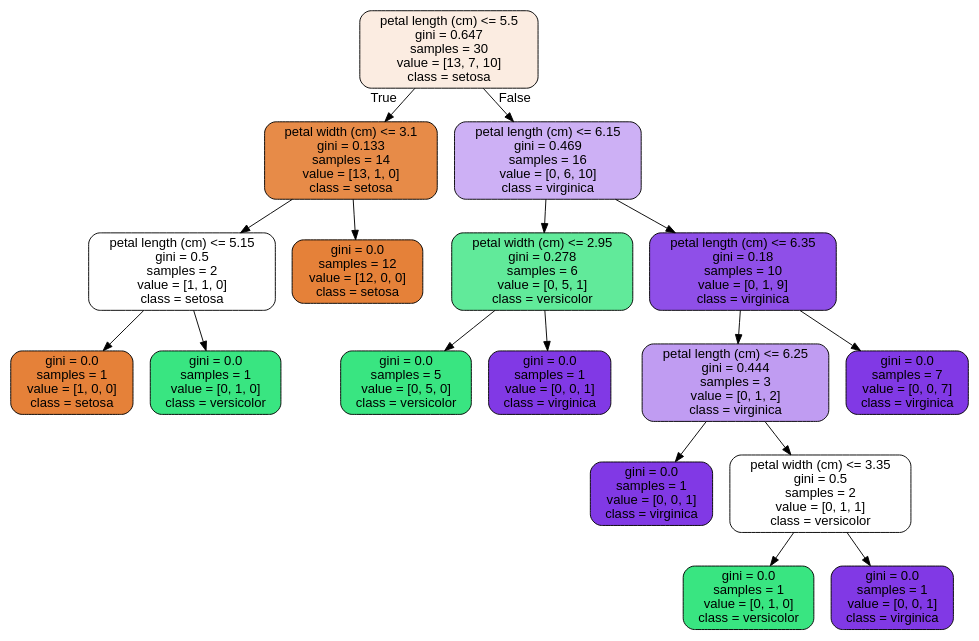
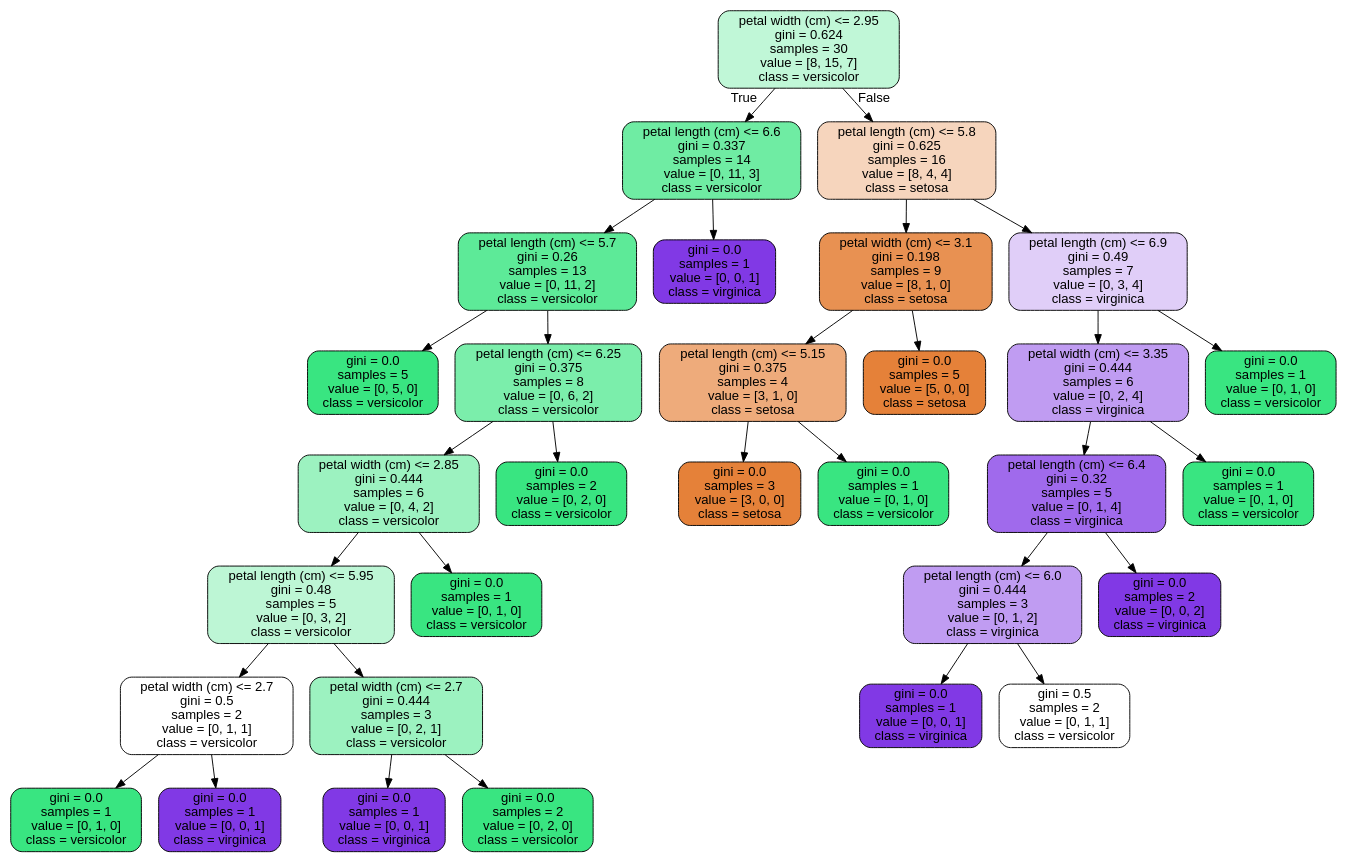
One commit to JoseDeJesusMendozaBecerril/Practica4_MineriaDeDatos changed the diagram in images/decision_trees/iris_tree_test.dot. Above: the diagram before and after it, drawn with Graphviz. The commit also changed 9 other files, not shown here.

```diff
--- a/images/decision_trees/iris_tree_test.dot
+++ b/images/decision_trees/iris_tree_test.dot
@@ -1,37 +1,65 @@
 digraph Tree {
 node [shape=box, style="filled, rounded", color="black", fontname=helvetica] ;
 edge [fontname=helvetica] ;
-0 [label="petal length (cm) <= 5.5\ngini = 0.647\nsamples = 30\nvalue = [13, 7, 10]\nclass = setosa", fillcolor="#fbece1"] ;
-1 [label="petal width (cm) <= 3.1\ngini = 0.133\nsamples = 14\nvalue = [13, 1, 0]\nclass = setosa", fillcolor="#e78b48"] ;
+0 [label="petal width (cm) <= 2.95\ngini = 0.624\nsamples = 30\nvalue = [8, 15, 7]\nclass = versicolor", fillcolor="#c0f7d7"] ;
+1 [label="petal length (cm) <= 6.6\ngini = 0.337\nsamples = 14\nvalue = [0, 11, 3]\nclass = versicolor", fillcolor="#6feca3"] ;
 0 -> 1 [labeldistance=2.5, labelangle=45, headlabel="True"] ;
-2 [label="petal length (cm) <= 5.15\ngini = 0.5\nsamples = 2\nvalue = [1, 1, 0]\nclass = setosa", fillcolor="#ffffff"] ;
+2 [label="petal length (cm) <= 5.7\ngini = 0.26\nsamples = 13\nvalue = [0, 11, 2]\nclass = versicolor", fillcolor="#5dea98"] ;
 1 -> 2 ;
-3 [label="gini = 0.0\nsamples = 1\nvalue = [1, 0, 0]\nclass = setosa", fillcolor="#e58139"] ;
+3 [label="gini = 0.0\nsamples = 5\nvalue = [0, 5, 0]\nclass = versicolor", fillcolor="#39e581"] ;
 2 -> 3 ;
-4 [label="gini = 0.0\nsamples = 1\nvalue = [0, 1, 0]\nclass = versicolor", fillcolor="#39e581"] ;
+4 [label="petal length (cm) <= 6.25\ngini = 0.375\nsamples = 8\nvalue = [0, 6, 2]\nclass = versicolor", fillcolor="#7beeab"] ;
 2 -> 4 ;
-5 [label="gini = 0.0\nsamples = 12\nvalue = [12, 0, 0]\nclass = setosa", fillcolor="#e58139"] ;
-1 -> 5 ;
-6 [label="petal length (cm) <= 6.15\ngini = 0.469\nsamples = 16\nvalue = [0, 6, 10]\nclass = virginica", fillcolor="#cdb0f5"] ;
-0 -> 6 [labeldistance=2.5, labelangle=-45, headlabel="False"] ;
-7 [label="petal width (cm) <= 2.95\ngini = 0.278\nsamples = 6\nvalue = [0, 5, 1]\nclass = versicolor", fillcolor="#61ea9a"] ;
+5 [label="petal width (cm) <= 2.85\ngini = 0.444\nsamples = 6\nvalue = [0, 4, 2]\nclass = versicolor", fillcolor="#9cf2c0"] ;
+4 -> 5 ;
+6 [label="petal length (cm) <= 5.95\ngini = 0.48\nsamples = 5\nvalue = [0, 3, 2]\nclass = versicolor", fillcolor="#bdf6d5"] ;
+5 -> 6 ;
+7 [label="petal width (cm) <= 2.7\ngini = 0.5\nsamples = 2\nvalue = [0, 1, 1]\nclass = versicolor", fillcolor="#ffffff"] ;
 6 -> 7 ;
-8 [label="gini = 0.0\nsamples = 5\nvalue = [0, 5, 0]\nclass = versicolor", fillcolor="#39e581"] ;
+8 [label="gini = 0.0\nsamples = 1\nvalue = [0, 1, 0]\nclass = versicolor", fillcolor="#39e581"] ;
 7 -> 8 ;
 9 [label="gini = 0.0\nsamples = 1\nvalue = [0, 0, 1]\nclass = virginica", fillcolor="#8139e5"] ;
 7 -> 9 ;
-10 [label="petal length (cm) <= 6.35\ngini = 0.18\nsamples = 10\nvalue = [0, 1, 9]\nclass = virginica", fillcolor="#8f4fe8"] ;
+10 [label="petal width (cm) <= 2.7\ngini = 0.444\nsamples = 3\nvalue = [0, 2, 1]\nclass = versicolor", fillcolor="#9cf2c0"] ;
 6 -> 10 ;
-11 [label="petal length (cm) <= 6.25\ngini = 0.444\nsamples = 3\nvalue = [0, 1, 2]\nclass = virginica", fillcolor="#c09cf2"] ;
+11 [label="gini = 0.0\nsamples = 1\nvalue = [0, 0, 1]\nclass = virginica", fillcolor="#8139e5"] ;
 10 -> 11 ;
-12 [label="gini = 0.0\nsamples = 1\nvalue = [0, 0, 1]\nclass = virginica", fillcolor="#8139e5"] ;
-11 -> 12 ;
-13 [label="petal width (cm) <= 3.35\ngini = 0.5\nsamples = 2\nvalue = [0, 1, 1]\nclass = versicolor", fillcolor="#ffffff"] ;
-11 -> 13 ;
-14 [label="gini = 0.0\nsamples = 1\nvalue = [0, 1, 0]\nclass = versicolor", fillcolor="#39e581"] ;
-13 -> 14 ;
+12 [label="gini = 0.0\nsamples = 2\nvalue = [0, 2, 0]\nclass = versicolor", fillcolor="#39e581"] ;
+10 -> 12 ;
+13 [label="gini = 0.0\nsamples = 1\nvalue = [0, 1, 0]\nclass = versicolor", fillcolor="#39e581"] ;
+5 -> 13 ;
+14 [label="gini = 0.0\nsamples = 2\nvalue = [0, 2, 0]\nclass = versicolor", fillcolor="#39e581"] ;
+4 -> 14 ;
 15 [label="gini = 0.0\nsamples = 1\nvalue = [0, 0, 1]\nclass = virginica", fillcolor="#8139e5"] ;
-13 -> 15 ;
-16 [label="gini = 0.0\nsamples = 7\nvalue = [0, 0, 7]\nclass = virginica", fillcolor="#8139e5"] ;
-10 -> 16 ;
+1 -> 15 ;
+16 [label="petal length (cm) <= 5.8\ngini = 0.625\nsamples = 16\nvalue = [8, 4, 4]\nclass = setosa", fillcolor="#f6d5bd"] ;
+0 -> 16 [labeldistance=2.5, labelangle=-45, headlabel="False"] ;
+17 [label="petal width (cm) <= 3.1\ngini = 0.198\nsamples = 9\nvalue = [8, 1, 0]\nclass = setosa", fillcolor="#e89152"] ;
+16 -> 17 ;
+18 [label="petal length (cm) <= 5.15\ngini = 0.375\nsamples = 4\nvalue = [3, 1, 0]\nclass = setosa", fillcolor="#eeab7b"] ;
+17 -> 18 ;
+19 [label="gini = 0.0\nsamples = 3\nvalue = [3, 0, 0]\nclass = setosa", fillcolor="#e58139"] ;
+18 -> 19 ;
+20 [label="gini = 0.0\nsamples = 1\nvalue = [0, 1, 0]\nclass = versicolor", fillcolor="#39e581"] ;
+18 -> 20 ;
+21 [label="gini = 0.0\nsamples = 5\nvalue = [5, 0, 0]\nclass = setosa", fillcolor="#e58139"] ;
+17 -> 21 ;
+22 [label="petal length (cm) <= 6.9\ngini = 0.49\nsamples = 7\nvalue = [0, 3, 4]\nclass = virginica", fillcolor="#e0cef8"] ;
+16 -> 22 ;
+23 [label="petal width (cm) <= 3.35\ngini = 0.444\nsamples = 6\nvalue = [0, 2, 4]\nclass = virginica", fillcolor="#c09cf2"] ;
+22 -> 23 ;
+24 [label="petal length (cm) <= 6.4\ngini = 0.32\nsamples = 5\nvalue = [0, 1, 4]\nclass = virginica", fillcolor="#a06aec"] ;
+23 -> 24 ;
+25 [label="petal length (cm) <= 6.0\ngini = 0.444\nsamples = 3\nvalue = [0, 1, 2]\nclass = virginica", fillcolor="#c09cf2"] ;
+24 -> 25 ;
+26 [label="gini = 0.0\nsamples = 1\nvalue = [0, 0, 1]\nclass = virginica", fillcolor="#8139e5"] ;
+25 -> 26 ;
+27 [label="gini = 0.5\nsamples = 2\nvalue = [0, 1, 1]\nclass = versicolor", fillcolor="#ffffff"] ;
+25 -> 27 ;
+28 [label="gini = 0.0\nsamples = 2\nvalue = [0, 0, 2]\nclass = virginica", fillcolor="#8139e5"] ;
+24 -> 28 ;
+29 [label="gini = 0.0\nsamples = 1\nvalue = [0, 1, 0]\nclass = versicolor", fillcolor="#39e581"] ;
+23 -> 29 ;
+30 [label="gini = 0.0\nsamples = 1\nvalue = [0, 1, 0]\nclass = versicolor", fillcolor="#39e581"] ;
+22 -> 30 ;
 }
```
